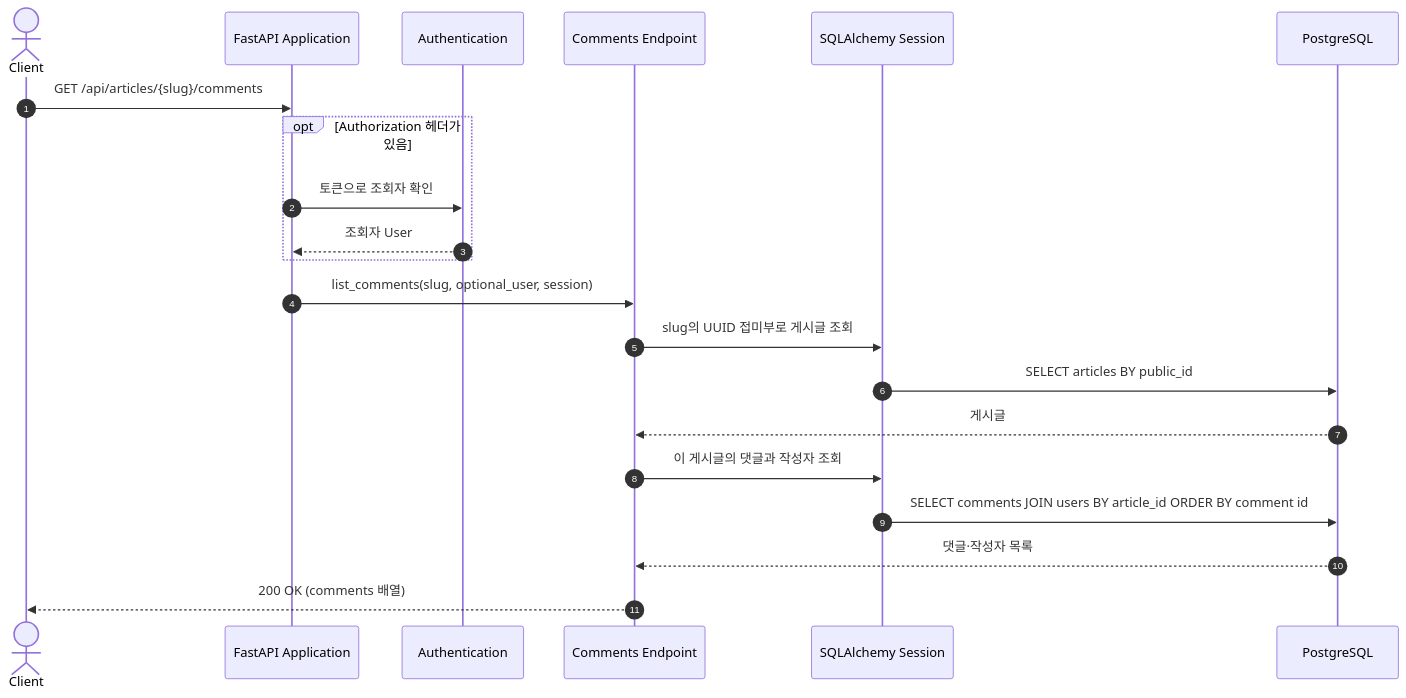
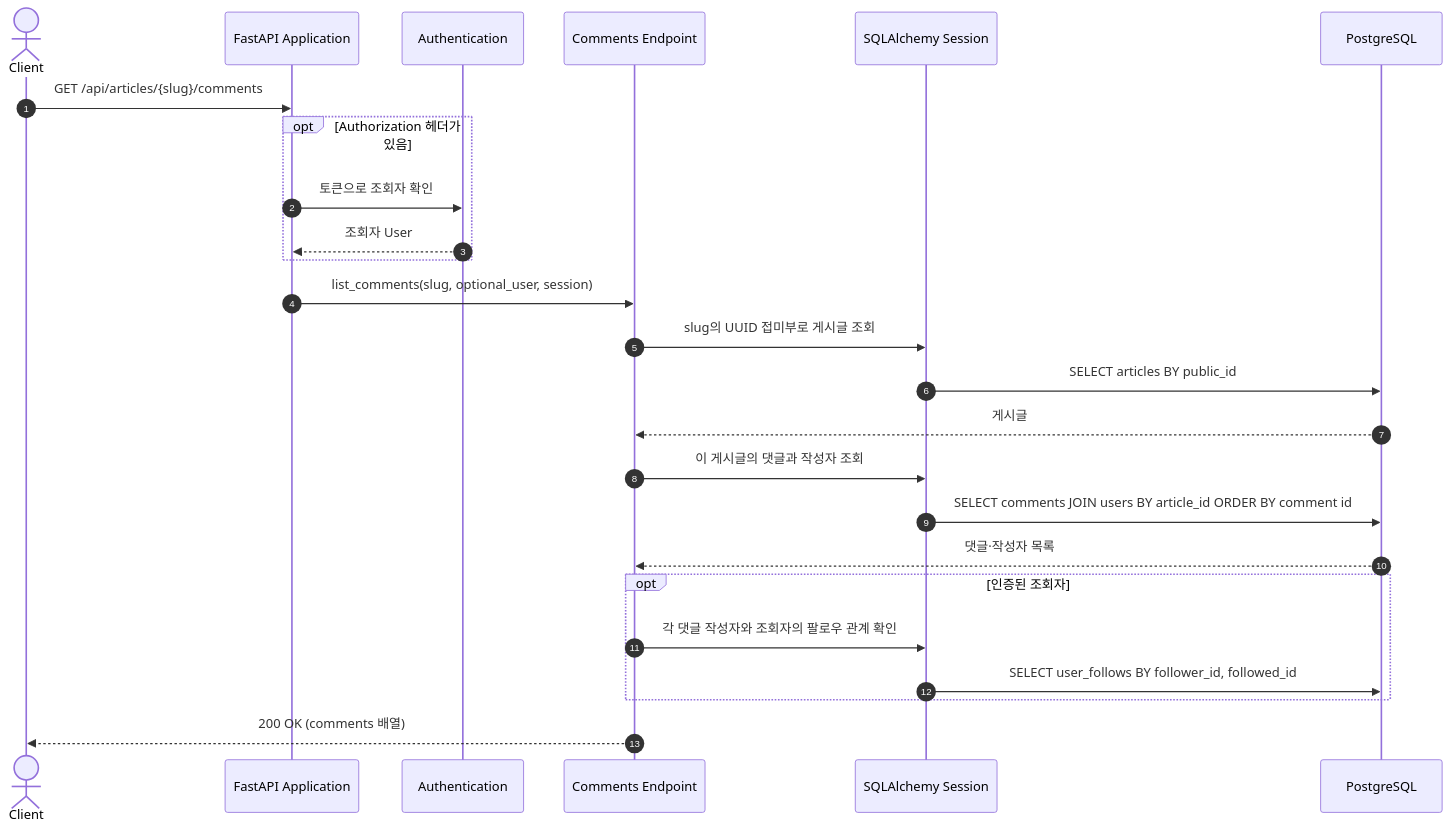
Before and after one commit to chahoseong/realworld-fastapi-backend: the second of 3 diagrams in docs/architecture/flows/comment.md, drawn with Mermaid. The commit also changed other lines of this file and 19 other files, not shown here.

First line of the commit message:
feat: Implement user follow functionality and update related flows

````diff
--- a/docs/architecture/flows/comment.md
+++ b/docs/architecture/flows/comment.md
@@ -51,24 +52,28 @@
 ```mermaid
 sequenceDiagram
     autonumber
     actor Client
     participant App as FastAPI Application
     participant Auth as Authentication
     participant Endpoint as Comments Endpoint
     participant Session as SQLAlchemy Session
     participant DB as PostgreSQL
 
     Client->>App: GET /api/articles/{slug}/comments
     opt Authorization 헤더가 있음
         App->>Auth: 토큰으로 조회자 확인
         Auth-->>App: 조회자 User
     end
     App->>Endpoint: list_comments(slug, optional_user, session)
     Endpoint->>Session: slug의 UUID 접미부로 게시글 조회
     Session->>DB: SELECT articles BY public_id
     DB-->>Endpoint: 게시글
     Endpoint->>Session: 이 게시글의 댓글과 작성자 조회
     Session->>DB: SELECT comments JOIN users BY article_id ORDER BY comment id
     DB-->>Endpoint: 댓글·작성자 목록
+    opt 인증된 조회자
+        Endpoint->>Session: 각 댓글 작성자와 조회자의 팔로우 관계 확인
+        Session->>DB: SELECT user_follows BY follower_id, followed_id
+    end
     Endpoint-->>Client: 200 OK (comments 배열)
 ```
````
